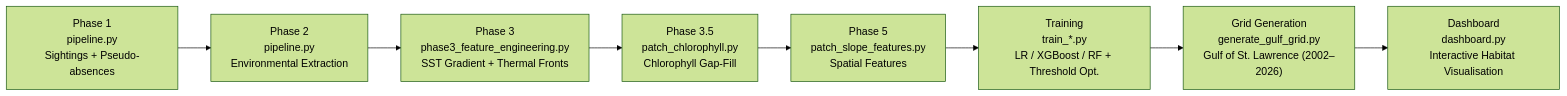
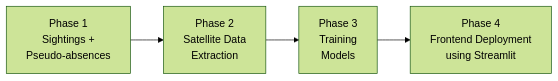
Before and after one commit to ParthB21/WhaleGuard_RBC_LSI: the diagram in README.md, drawn with Mermaid (forest theme). The commit also changed other lines of this file, not shown here.

````diff
--- a/README.md
+++ b/README.md
@@ -63,10 +63,6 @@
 ```mermaid
 graph LR
-    A["Phase 1<br/>pipeline.py<br/>Sightings + Pseudo-absences"] --> B["Phase 2<br/>pipeline.py<br/>Environmental Extraction"]
-    B --> C["Phase 3<br/>phase3_feature_engineering.py<br/>SST Gradient + Thermal Fronts"]
-    C --> D["Phase 3.5<br/>patch_chlorophyll.py<br/>Chlorophyll Gap-Fill"]
-    D --> E["Phase 5<br/>patch_slope_features.py<br/>Spatial Features"]
-    E --> F["Training<br/>train_*.py<br/>LR / XGBoost / RF + Threshold Opt."]
-    F --> G["Grid Generation<br/>generate_gulf_grid.py<br/>Gulf of St. Lawrence (2002–2026)"]
-    G --> H["Dashboard<br/>dashboard.py<br/>Interactive Habitat Visualisation"]
+    A["Phase 1<br/>Sightings +<br/>Pseudo-absences"] --> B["Phase 2<br/>Satellite Data<br/>Extraction"]
+    B --> C["Phase 3<br/>Training<br/>Models"]
+    C --> D["Phase 4<br/>Frontend Deployment<br/>using Streamlit"]
 ```
````
